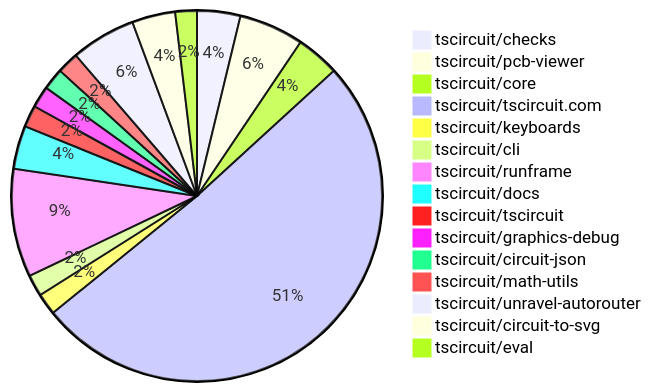
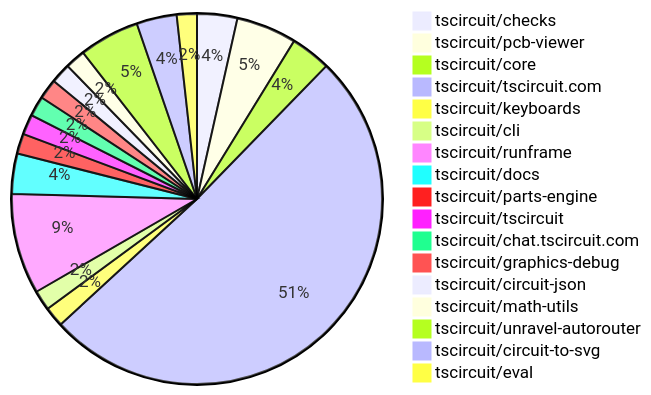
One commit to tscircuit/contribution-tracker changed the diagram in README.md. Above: the diagram before and after it, drawn with Mermaid. The commit also changed other lines of this file and 3 other files, not shown here.

````diff
--- a/README.md
+++ b/README.md
@@ -24,18 +24,20 @@
 ```mermaid
 pie
     "tscircuit/checks" : 2
     "tscircuit/pcb-viewer" : 3
     "tscircuit/core" : 2
-    "tscircuit/tscircuit.com" : 27
+    "tscircuit/tscircuit.com" : 29
     "tscircuit/keyboards" : 1
     "tscircuit/cli" : 1
     "tscircuit/runframe" : 5
     "tscircuit/docs" : 2
+    "tscircuit/parts-engine" : 1
     "tscircuit/tscircuit" : 1
+    "tscircuit/chat.tscircuit.com" : 1
     "tscircuit/graphics-debug" : 1
     "tscircuit/circuit-json" : 1
     "tscircuit/math-utils" : 1
     "tscircuit/unravel-autorouter" : 3
     "tscircuit/circuit-to-svg" : 2
     "tscircuit/eval" : 1
 ```
````
